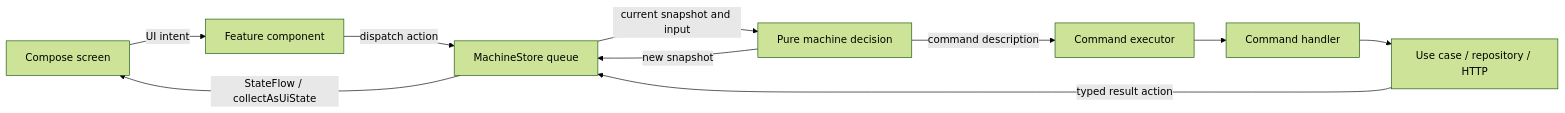
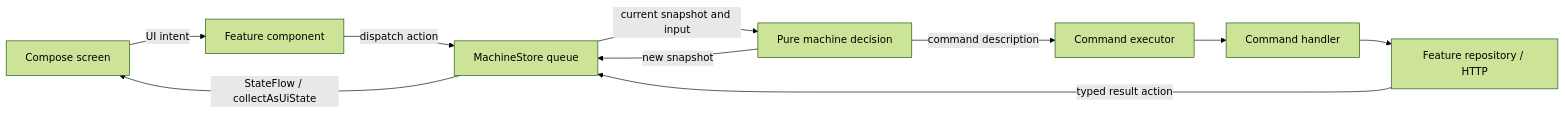
The diagram in examples/weather/docs/architecture.md (roman-n1/actron), drawn with Mermaid (forest theme) before and after one commit. The commit also changed other lines of this file and 145 other files, not shown here.

````diff
--- a/examples/weather/docs/architecture.md
+++ b/examples/weather/docs/architecture.md
@@ -11,12 +11,12 @@
 ```mermaid
 flowchart LR
     Screen[Compose screen] -->|UI intent| Component[Feature component]
     Component -->|dispatch action| Store[MachineStore queue]
     Store -->|current snapshot and input| Machine[Pure machine decision]
     Machine -->|new snapshot| Store
     Store -->|StateFlow / collectAsUiState| Screen
     Machine -->|command description| Executor[Command executor]
     Executor --> Handler[Command handler]
-    Handler --> Repository[Use case / repository / HTTP]
+    Handler --> Repository[Feature repository / HTTP]
     Repository -->|typed result action| Store
 ```
````
